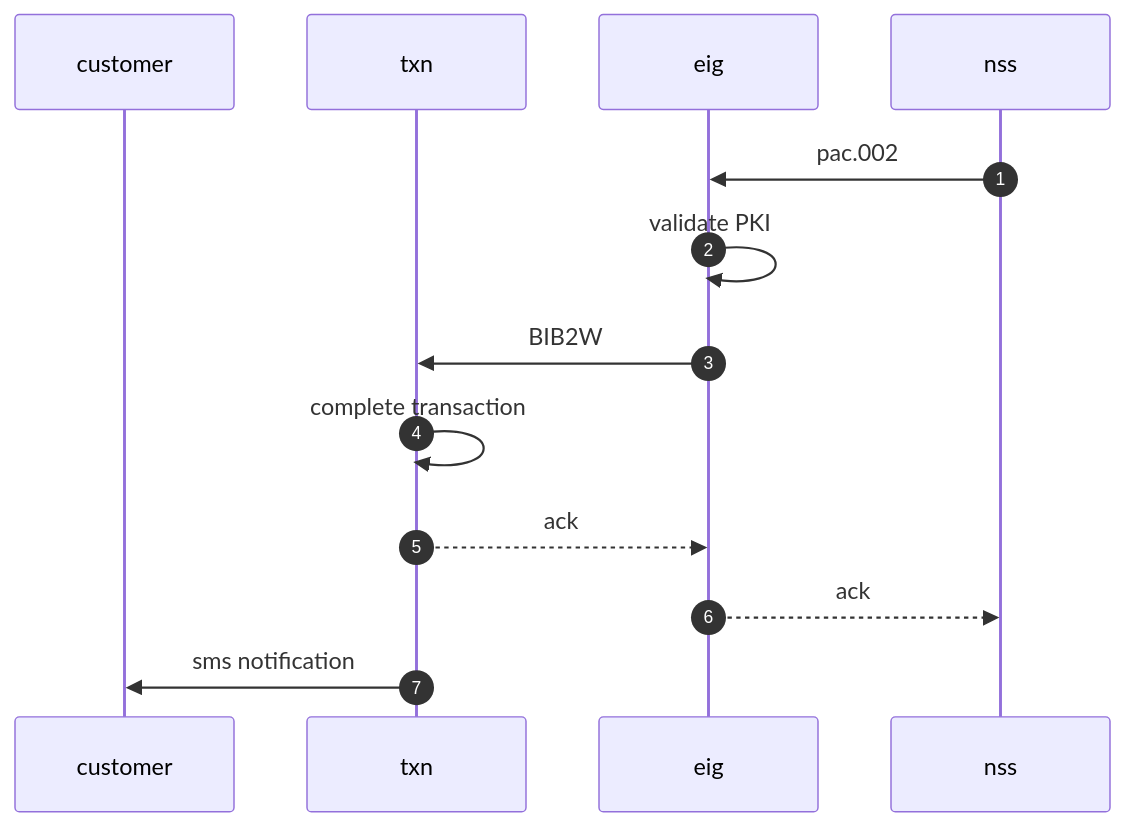
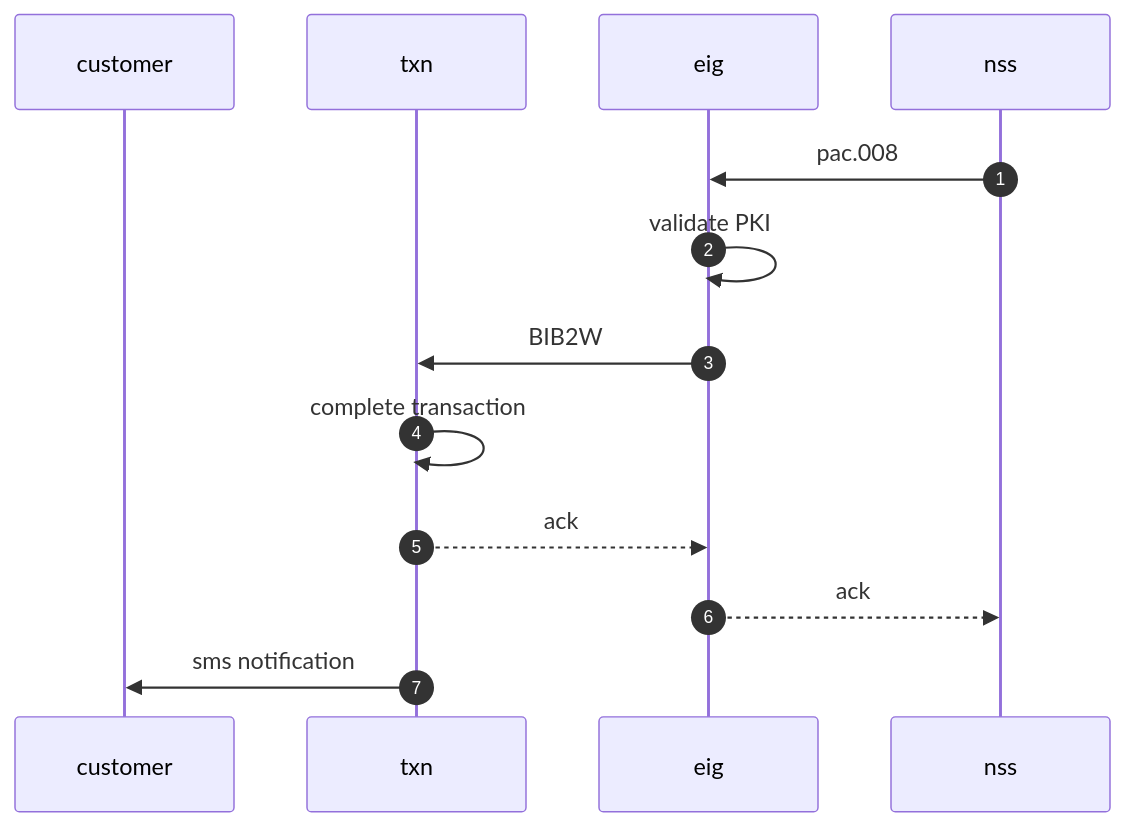
Before and after one commit to kiswend/NSS: the diagram in receive.md, drawn with Mermaid. The commit also changed 3 other files, not shown here.

````diff
--- a/receive.md
+++ b/receive.md
@@ -2,16 +2,16 @@
 ```mermaid
 sequenceDiagram
     autonumber
     participant customer
     participant txn
     participant eig
     participant nss
 
-    nss ->> eig: pac.002
+    nss ->> eig: pac.008
     eig ->> eig: validate PKI
     eig ->> txn: BIB2W
     txn ->> txn: complete transaction
     txn -->> eig: ack
     eig -->> nss: ack
     txn ->> customer: sms notification
 ```
````
